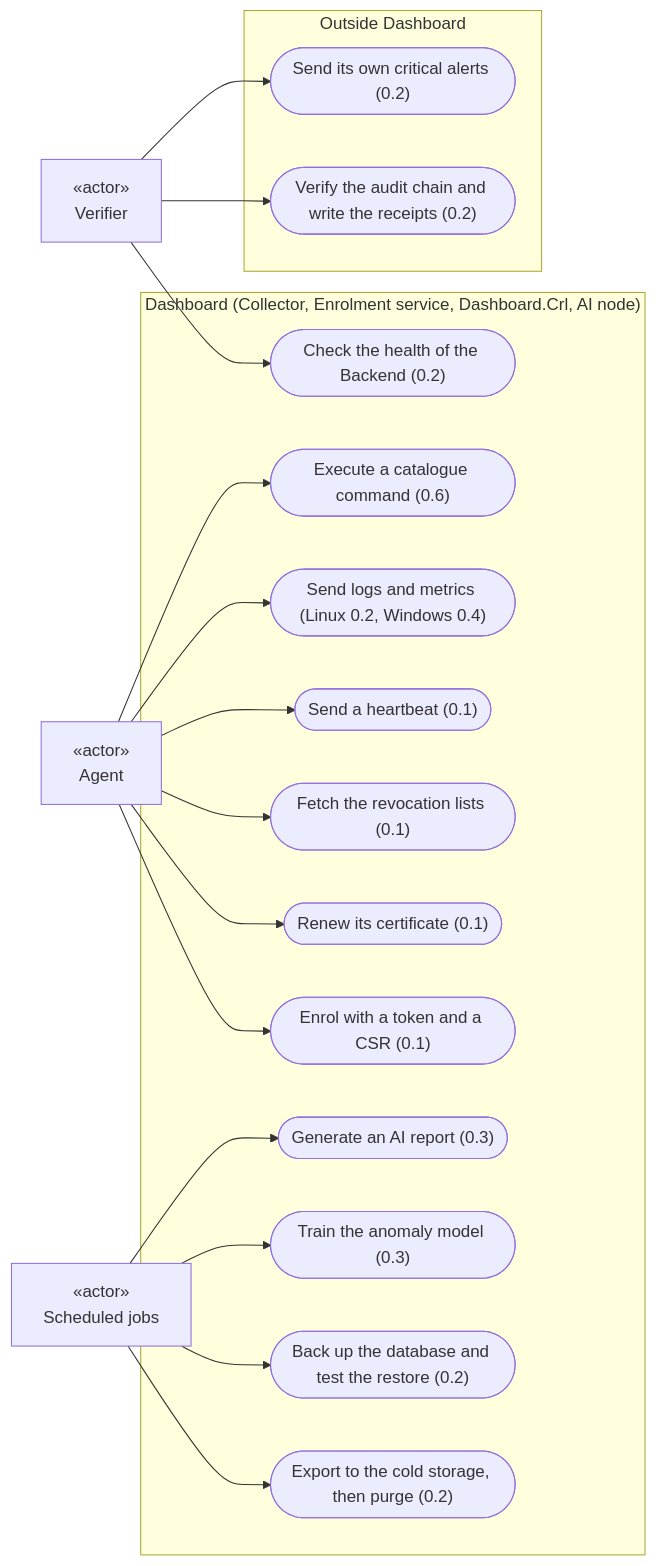
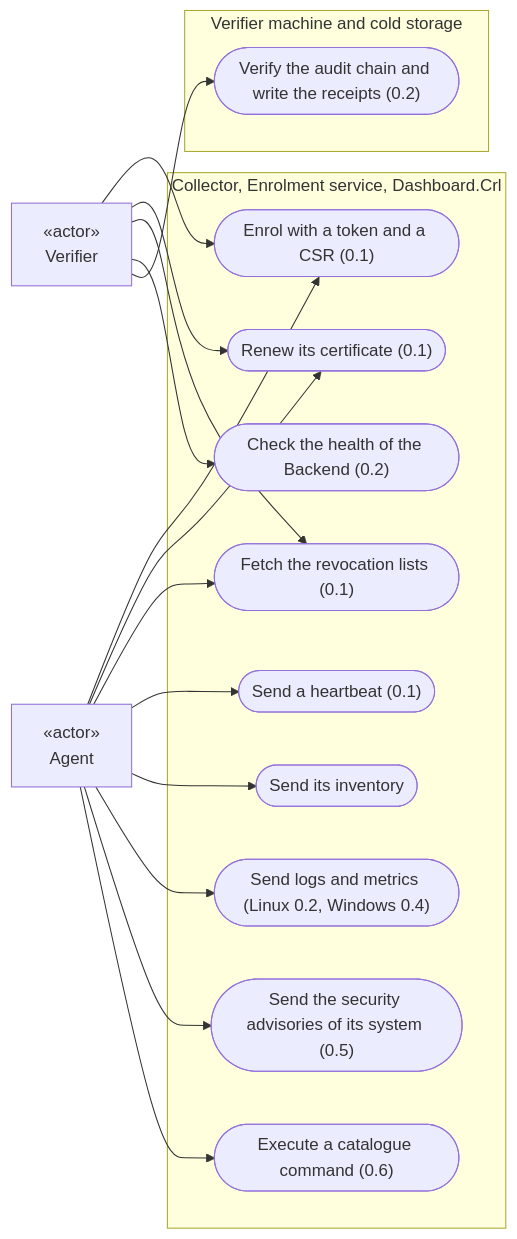
The fifth of 6 diagrams in doc/analyse/uml/v1/use-cases.md (micdef/Dashboard), drawn with Mermaid before and after one commit. The commit also changed other lines of this file, not shown here.

````diff
--- a/doc/analyse/uml/v1/use-cases.md
+++ b/doc/analyse/uml/v1/use-cases.md
@@ -134,39 +172,35 @@
 ```mermaid
 flowchart LR
     Agent["«actor»<br/>Agent"]
     Verifier["«actor»<br/>Verifier"]
-    Jobs["«actor»<br/>Scheduled jobs"]
 
-    subgraph Dashboard["Dashboard (Collector, Enrolment service, Dashboard.Crl, AI node)"]
+    subgraph Backend ["Collector, Enrolment service, Dashboard.Crl"]
         Enrol(["Enrol with a token and a CSR (0.1)"])
         Renew(["Renew its certificate (0.1)"])
         Crl(["Fetch the revocation lists (0.1)"])
         Heartbeat(["Send a heartbeat (0.1)"])
+        Inventory(["Send its inventory"])
         Telemetry(["Send logs and metrics (Linux 0.2, Windows 0.4)"])
+        Advisories(["Send the security advisories of its system (0.5)"])
         Execute(["Execute a catalogue command (0.6)"])
-        Health(["Check the health of the Backend (0.2)"])
-        Export(["Export to the cold storage, then purge (0.2)"])
-        Backup(["Back up the database and test the restore (0.2)"])
-        Train(["Train the anomaly model (0.3)"])
-        Report(["Generate an AI report (0.3)"])
+        HealthCheck(["Check the health of the Backend (0.2)"])
     end
 
-    subgraph Outside["Outside Dashboard"]
+    subgraph VerifierMachine ["Verifier machine and cold storage"]
         VerifyChain(["Verify the audit chain and write the receipts (0.2)"])
-        OwnAlerts(["Send its own critical alerts (0.2)"])
     end
 
     Agent --> Enrol
     Agent --> Renew
     Agent --> Crl
     Agent --> Heartbeat
+    Agent --> Inventory
     Agent --> Telemetry
+    Agent --> Advisories
     Agent --> Execute
-    Verifier --> Health
+    Verifier --> Enrol
+    Verifier --> Renew
+    Verifier --> Crl
+    Verifier --> HealthCheck
     Verifier --> VerifyChain
-    Verifier --> OwnAlerts
-    Jobs --> Export
-    Jobs --> Backup
-    Jobs --> Train
-    Jobs --> Report
 ```
````
